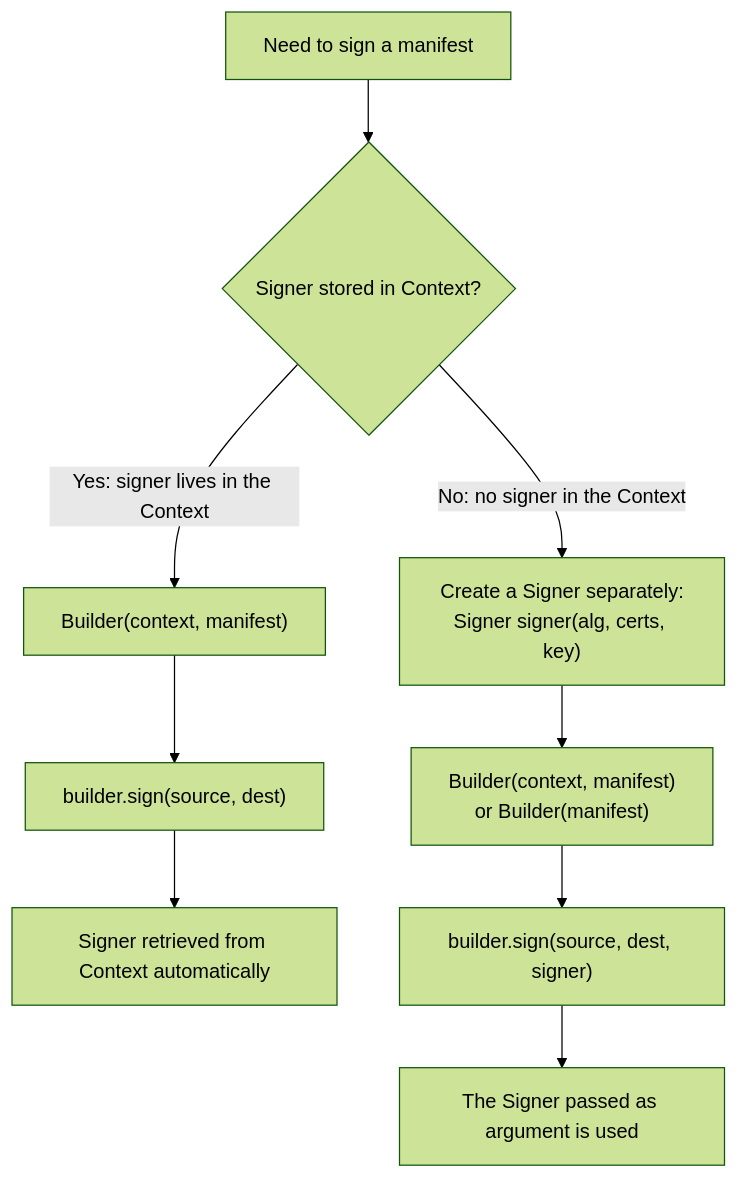
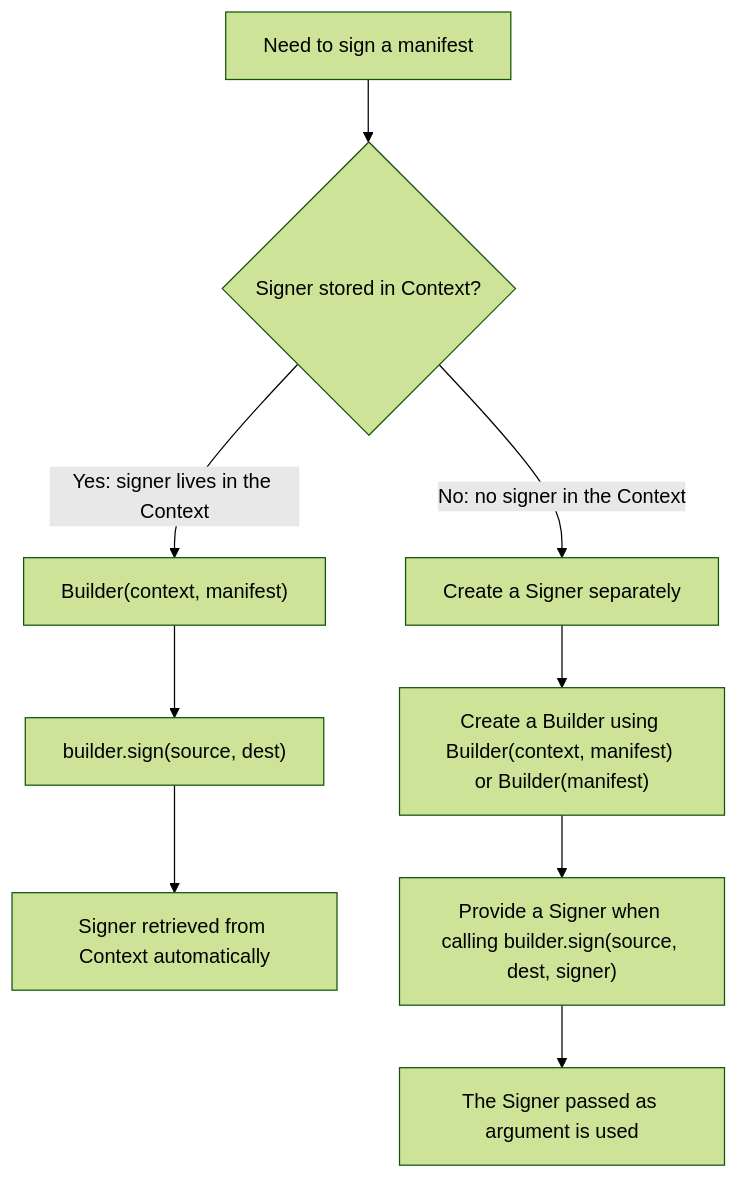
Before and after one commit to contentauth/c2pa-c: the third of 3 diagrams in docs/context.md, drawn with Mermaid (forest theme).

````diff
--- a/docs/context.md
+++ b/docs/context.md
@@ -631,13 +631,13 @@
 ```mermaid
 flowchart TD
     A[Need to sign a manifest] --> B{Signer stored in Context?}
 
     B -- "Yes: signer lives in the Context" --> C["Builder(context, manifest)"]
     C --> D["builder.sign(source, dest)"]
     D --> E[Signer retrieved from Context automatically]
 
-    B -- "No: no signer in the Context" --> F["Create a Signer separately:\nSigner signer(alg, certs, key)"]
-    F --> G["Builder(context, manifest)\nor Builder(manifest)"]
-    G --> H["builder.sign(source, dest, signer)"]
+    B -- "No: no signer in the Context" --> F["Create a Signer separately"]
+    F --> G["Create a Builder using Builder(context, manifest) or Builder(manifest)"]
+    G --> H["Provide a Signer when calling builder.sign(source, dest, signer)"]
     H --> I[The Signer passed as argument is used]
 ```
````
